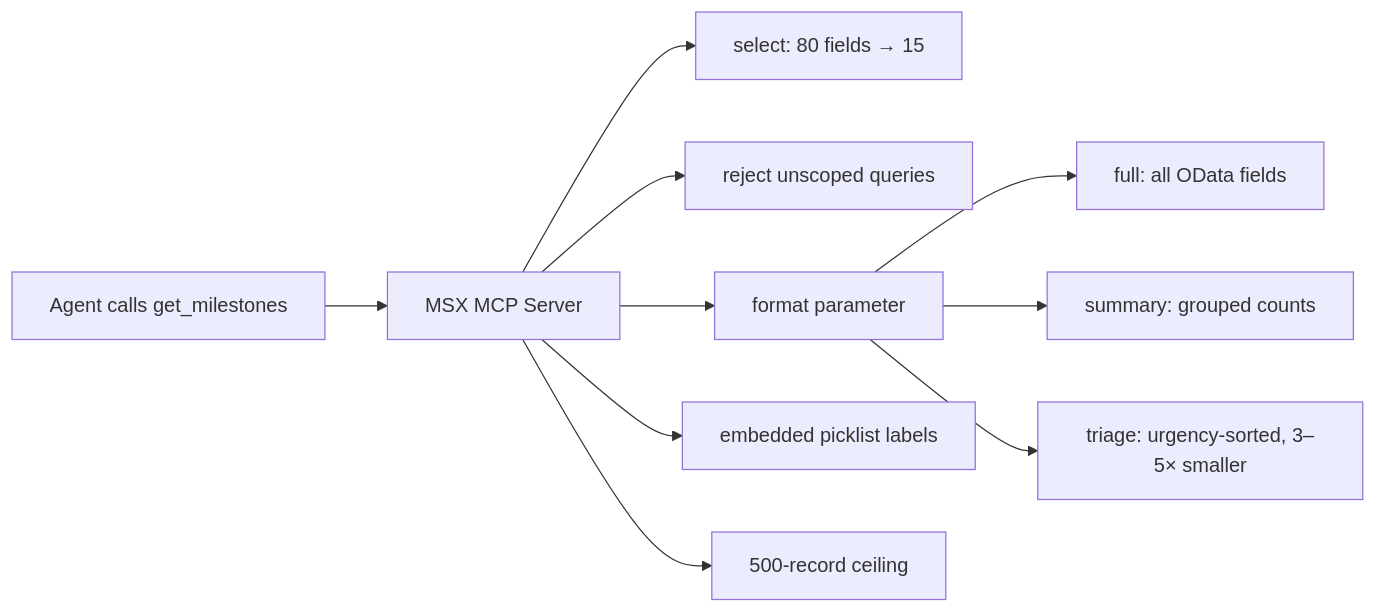
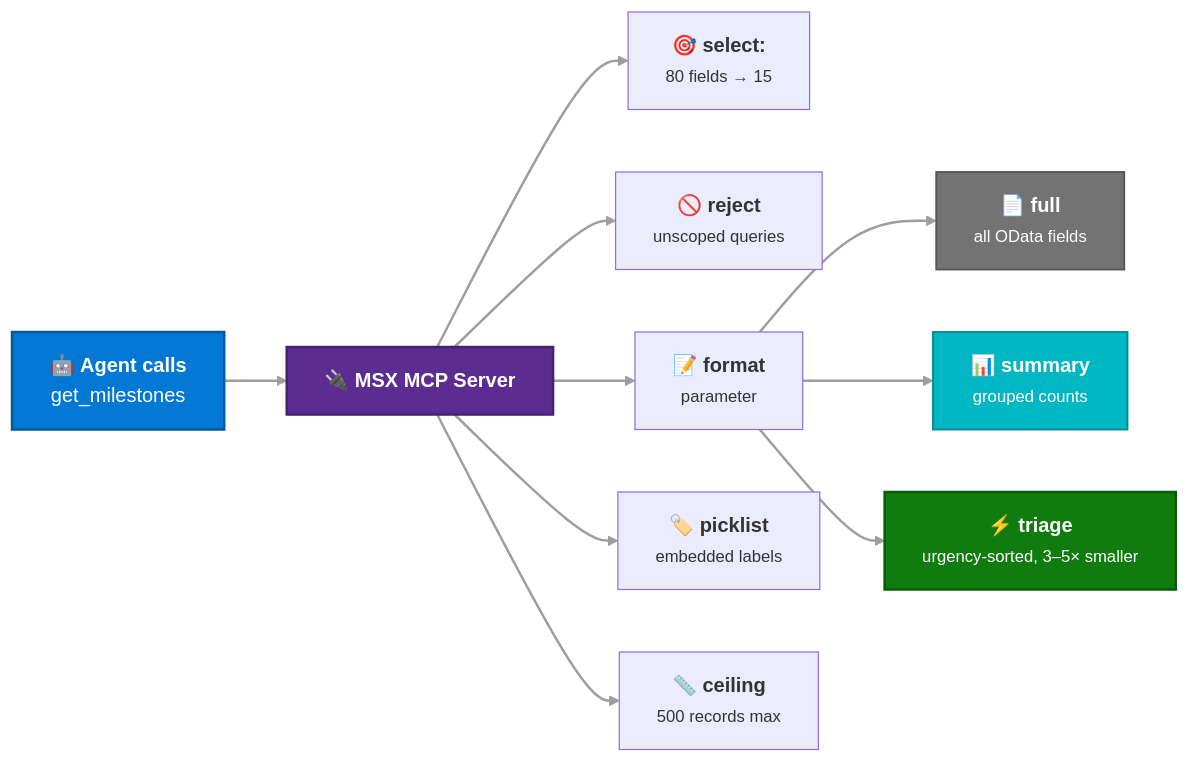
Before and after one commit to mjhoffmeister/MCAPS-IQ: the sixth of 6 diagrams in site/docs/architecture/context-optimization.md, drawn with Mermaid. The commit also changed other lines of this file and 57 other files, not shown here.

Commit message:
Refactor mkdocs configuration: remove navigation.expand, update mermaid format, and reorganize nav structure

````diff
--- a/site/docs/architecture/context-optimization.md
+++ b/site/docs/architecture/context-optimization.md
@@ -238,14 +272,22 @@
 ```mermaid
 graph LR
-    Agent["Agent calls get_milestones"] --> Server[MSX MCP Server]
+    Agent["🤖 <b>Agent calls</b><br/>get_milestones"] --> Server["🔌 <b>MSX MCP Server</b>"]
 
-    Server --> Select["select: 80 fields → 15"]
-    Server --> Scope[reject unscoped queries]
-    Server --> Format[format parameter]
-    Server --> Picklist[embedded picklist labels]
-    Server --> Cap[500-record ceiling]
+    Server --> Select["🎯 <b>select:</b><br/><small>80 fields → 15</small>"]
+    Server --> Scope["🚫 <b>reject</b><br/><small>unscoped queries</small>"]
+    Server --> Format["📝 <b>format</b><br/><small>parameter</small>"]
+    Server --> Picklist["🏷️ <b>picklist</b><br/><small>embedded labels</small>"]
+    Server --> Cap["📏 <b>ceiling</b><br/><small>500 records max</small>"]
 
-    Format --> Full["full: all OData fields"]
-    Format --> Summary["summary: grouped counts"]
-    Format --> Triage["triage: urgency-sorted, 3–5× smaller"]
+    Format --> Full["📄 <b>full</b><br/><small>all OData fields</small>"]
+    Format --> Summary["📊 <b>summary</b><br/><small>grouped counts</small>"]
+    Format --> Triage["⚡ <b>triage</b><br/><small>urgency-sorted, 3–5× smaller</small>"]
+
+    style Agent fill:#0078D4,color:#fff,stroke:#005a9e,stroke-width:2px
+    style Server fill:#5C2D91,color:#fff,stroke:#462170,stroke-width:2px
+    style Triage fill:#107C10,color:#fff,stroke:#0a5c0a,stroke-width:2px
+    style Summary fill:#00B7C3,color:#fff,stroke:#008b94,stroke-width:1.5px
+    style Full fill:#737373,color:#fff,stroke:#555,stroke-width:1.5px
+
+    linkStyle default stroke:#9e9e9e,stroke-width:2px
 ```
````
